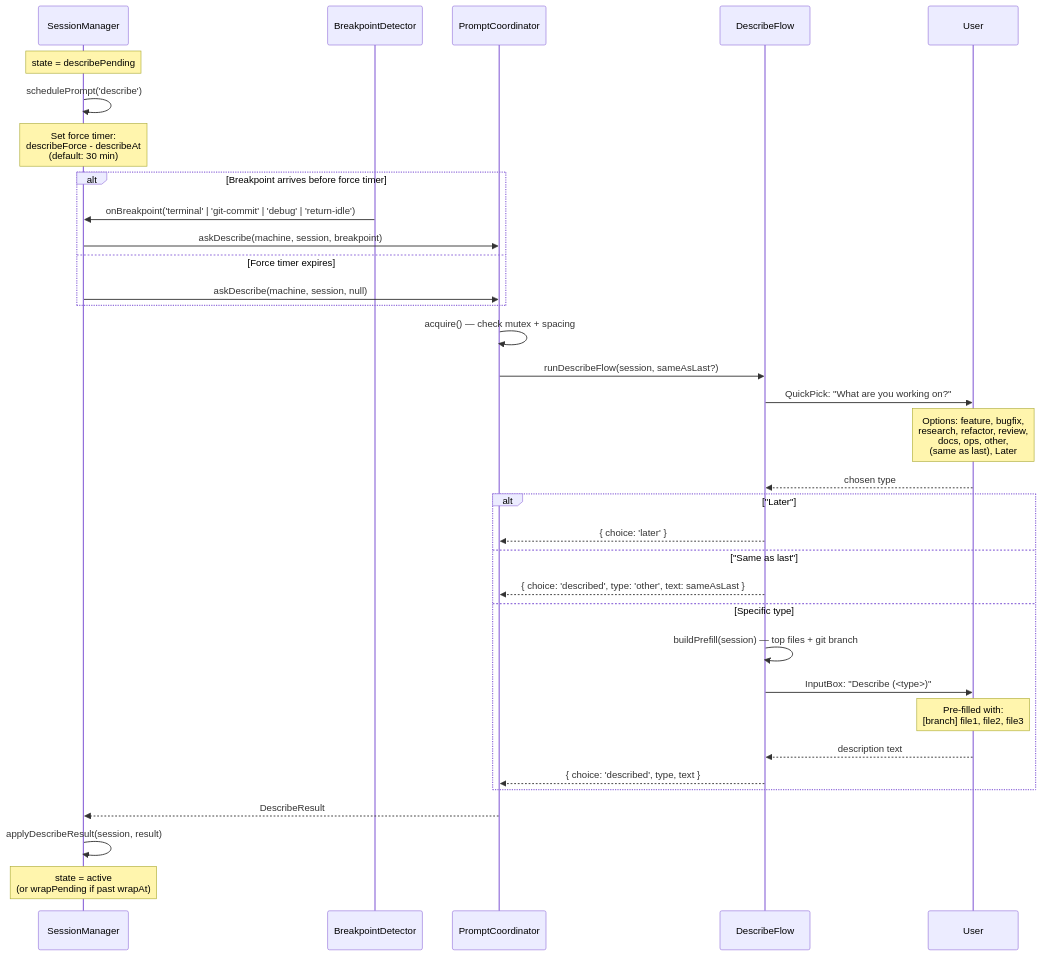
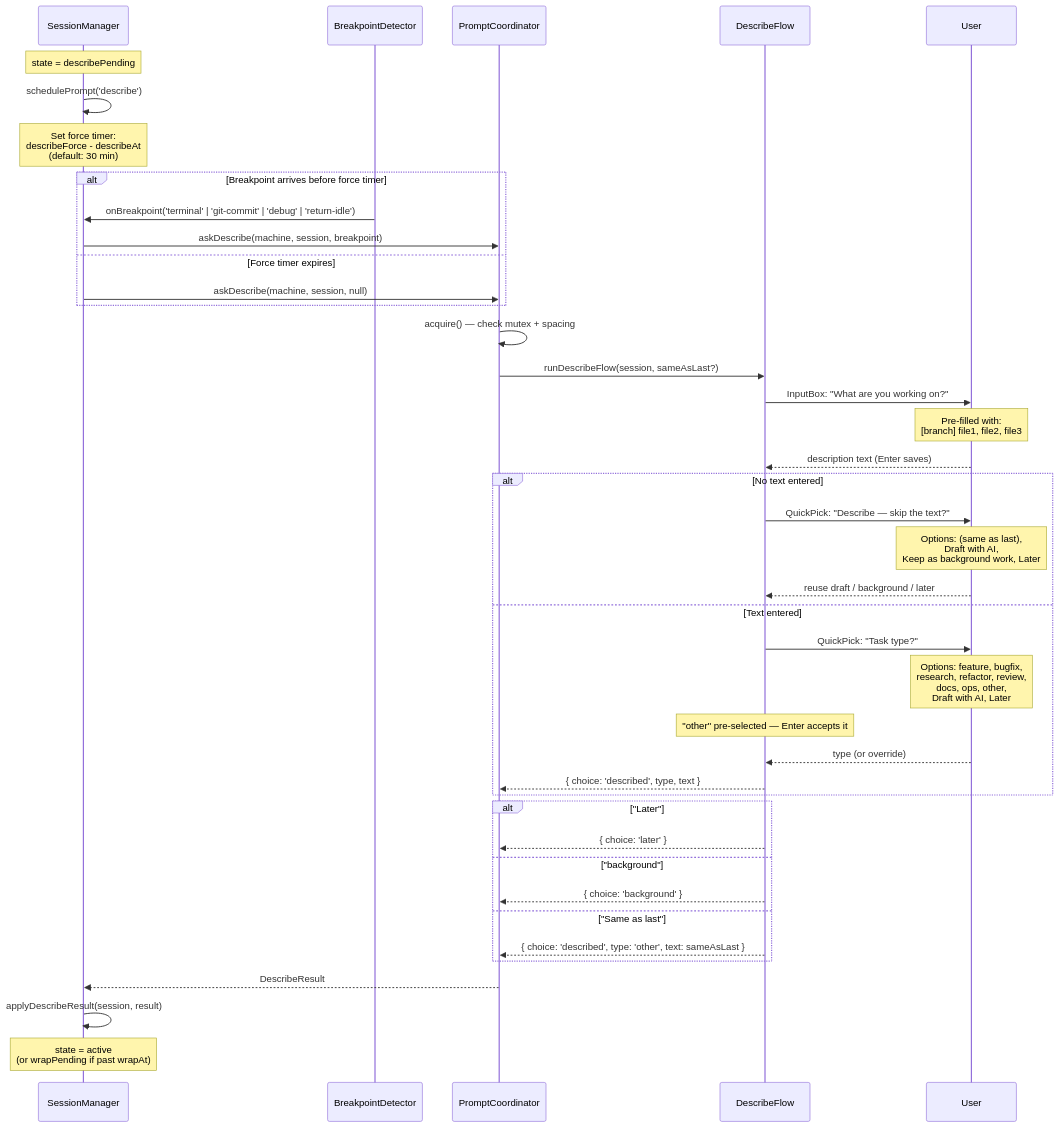
One commit to lawaty/lalog changed the fifth of 7 diagrams in docs/architecture.md. Above: the diagram before and after it, drawn with Mermaid. The commit also changed other lines of this file and 18 other files, not shown here.

First line of the commit message:
Remove focus-loss and on-start description prompts; text-first describe flow; idle 'I was away' trim

````diff
--- a/docs/architecture.md
+++ b/docs/architecture.md
@@ -329,42 +327,50 @@
 ```mermaid
 sequenceDiagram
     participant SM as SessionManager
     participant BD as BreakpointDetector
     participant PC as PromptCoordinator
     participant DF as DescribeFlow
     participant User as User
 
     Note over SM: state = describePending
 
     SM->>SM: schedulePrompt('describe')
     Note over SM: Set force timer:<br/>describeForce - describeAt<br/>(default: 30 min)
 
     alt Breakpoint arrives before force timer
         BD->>SM: onBreakpoint('terminal' | 'git-commit' | 'debug' | 'return-idle')
         SM->>PC: askDescribe(machine, session, breakpoint)
     else Force timer expires
         SM->>PC: askDescribe(machine, session, null)
     end
 
     PC->>PC: acquire() — check mutex + spacing
     PC->>DF: runDescribeFlow(session, sameAsLast?)
-    DF->>User: QuickPick: "What are you working on?"
-    Note over User: Options: feature, bugfix,<br/>research, refactor, review,<br/>docs, ops, other,<br/>(same as last), Later
-    User-->>DF: chosen type
+    DF->>User: InputBox: "What are you working on?"
+    Note over User: Pre-filled with:<br/>[branch] file1, file2, file3
+    User-->>DF: description text (Enter saves)
+
+    alt No text entered
+        DF->>User: QuickPick: "Describe — skip the text?"
+        Note over User: Options: (same as last),<br/>Draft with AI,<br/>Keep as background work, Later
+        User-->>DF: reuse draft / background / later
+    else Text entered
+        DF->>User: QuickPick: "Task type?"
+        Note over User: Options: feature, bugfix,<br/>research, refactor, review,<br/>docs, ops, other,<br/>Draft with AI, Later
+        Note over DF: "other" pre-selected — Enter accepts it
+        User-->>DF: type (or override)
+        DF-->>PC: { choice: 'described', type, text }
+    end
 
     alt "Later"
         DF-->>PC: { choice: 'later' }
+    else "background"
+        DF-->>PC: { choice: 'background' }
     else "Same as last"
         DF-->>PC: { choice: 'described', type: 'other', text: sameAsLast }
-    else Specific type
-        DF->>DF: buildPrefill(session) — top files + git branch
-        DF->>User: InputBox: "Describe (<type>)"
-        Note over User: Pre-filled with:<br/>[branch] file1, file2, file3
-        User-->>DF: description text
-        DF-->>PC: { choice: 'described', type, text }
     end
 
     PC-->>SM: DescribeResult
     SM->>SM: applyDescribeResult(session, result)
     Note over SM: state = active<br/>(or wrapPending if past wrapAt)
 ```
````
